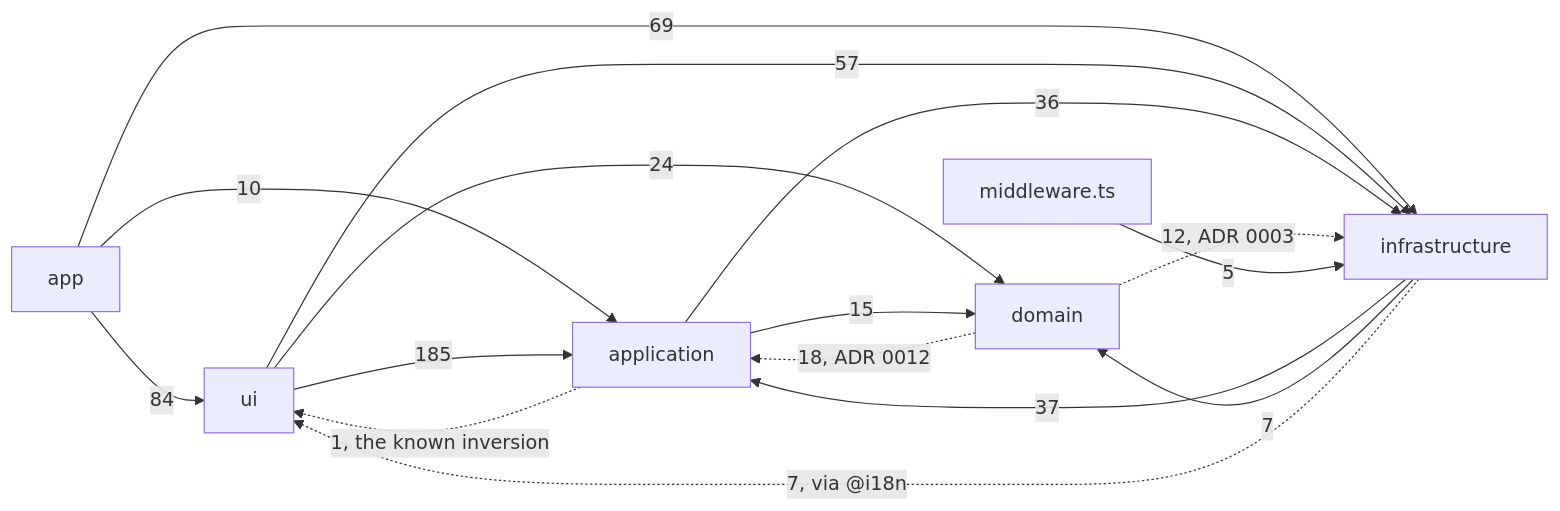
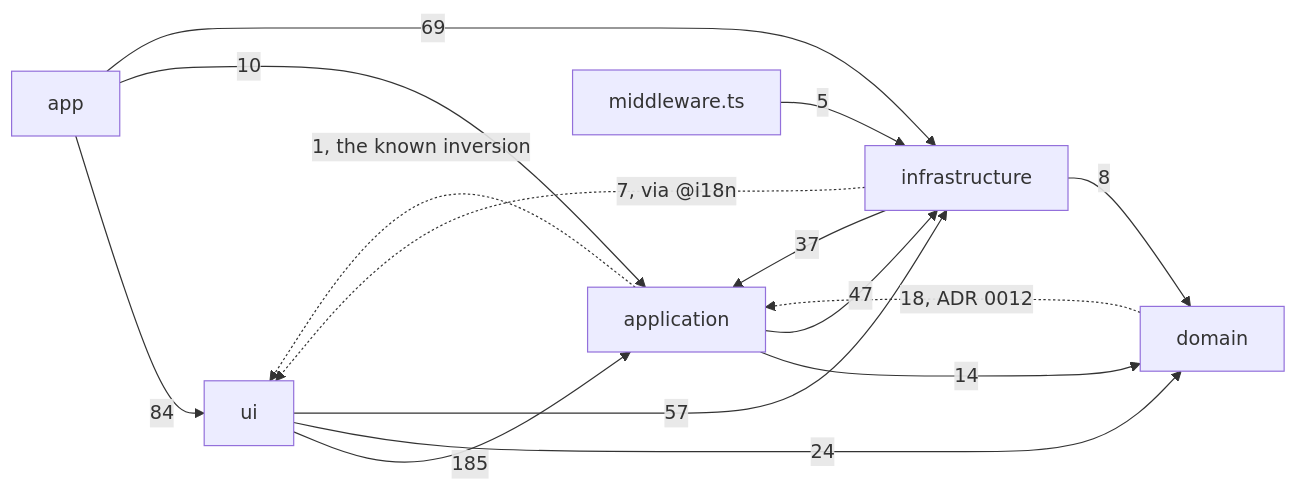
Before and after one commit to fbuireu/forever-pto: the diagram in apps/docs/src/content/docs/architecture/overview.mdx, drawn with Mermaid. The commit also changed other lines of this file and 26 other files, not shown here.

````diff
--- a/apps/docs/src/content/docs/architecture/overview.mdx
+++ b/apps/docs/src/content/docs/architecture/overview.mdx
@@ -47,24 +47,23 @@
 ```mermaid
 flowchart LR
   APP[app]
   UI[ui]
   APPL[application]
   DOM[domain]
   INFRA[infrastructure]
   MW[middleware.ts]
   APP -->|84| UI
   APP -->|10| APPL
   APP -->|69| INFRA
   UI -->|185| APPL
   UI -->|24| DOM
   UI -->|57| INFRA
-  APPL -->|15| DOM
-  APPL -->|36| INFRA
+  APPL -->|14| DOM
+  APPL -->|47| INFRA
   APPL -.->|1, the known inversion| UI
   DOM -.->|18, ADR 0012| APPL
-  DOM -.->|12, ADR 0003| INFRA
   INFRA -->|37| APPL
-  INFRA -->|7| DOM
+  INFRA -->|8| DOM
   INFRA -.->|7, via @i18n| UI
   MW -->|5| INFRA
 ```
````
